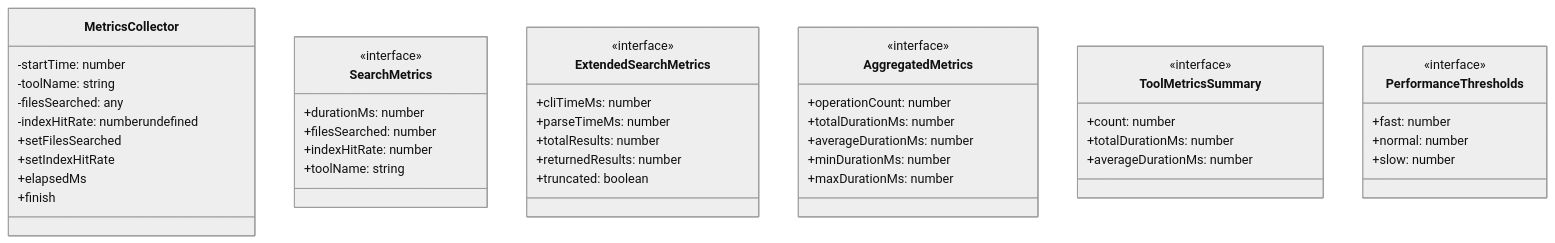
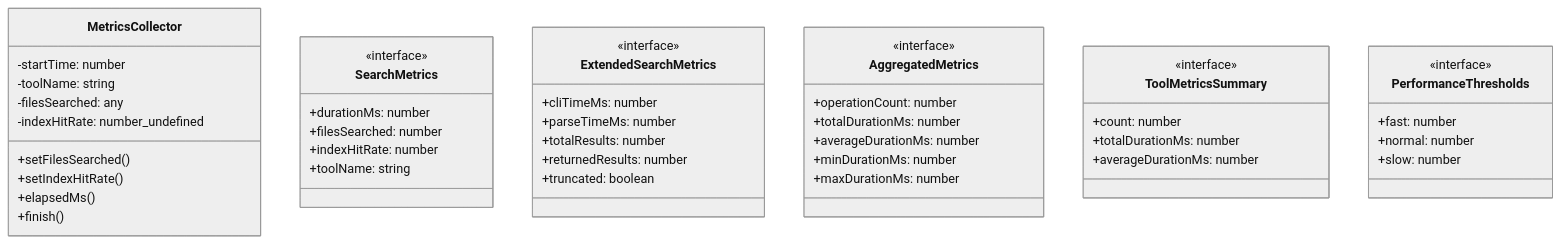
The first of 2 diagrams in ABDD/.pi/extensions/search/utils/metrics.md (Mekann2904/mekann), drawn with Mermaid (neutral theme) before and after one commit. The commit also changed other lines of this file and 174 other files, not shown here.

First line of the commit message:
fix(docs): ABDDのMermaid図生成エラーを修正する

````diff
--- a/ABDD/.pi/extensions/search/utils/metrics.md
+++ b/ABDD/.pi/extensions/search/utils/metrics.md
@@ -35,48 +35,48 @@
 ```mermaid
 classDiagram
   class MetricsCollector {
     -startTime: number
     -toolName: string
     -filesSearched: any
-    -indexHitRate: numberundefined
-    +setFilesSearched
-    +setIndexHitRate
-    +elapsedMs
-    +finish
+    -indexHitRate: number_undefined
+    +setFilesSearched()
+    +setIndexHitRate()
+    +elapsedMs()
+    +finish()
   }
   class SearchMetrics {
     <<interface>>
     +durationMs: number
     +filesSearched: number
     +indexHitRate: number
     +toolName: string
   }
   class ExtendedSearchMetrics {
     <<interface>>
     +cliTimeMs: number
     +parseTimeMs: number
     +totalResults: number
     +returnedResults: number
     +truncated: boolean
   }
   class AggregatedMetrics {
     <<interface>>
     +operationCount: number
     +totalDurationMs: number
     +averageDurationMs: number
     +minDurationMs: number
     +maxDurationMs: number
   }
   class ToolMetricsSummary {
     <<interface>>
     +count: number
     +totalDurationMs: number
     +averageDurationMs: number
   }
   class PerformanceThresholds {
     <<interface>>
     +fast: number
     +normal: number
     +slow: number
   }
 ```
````
